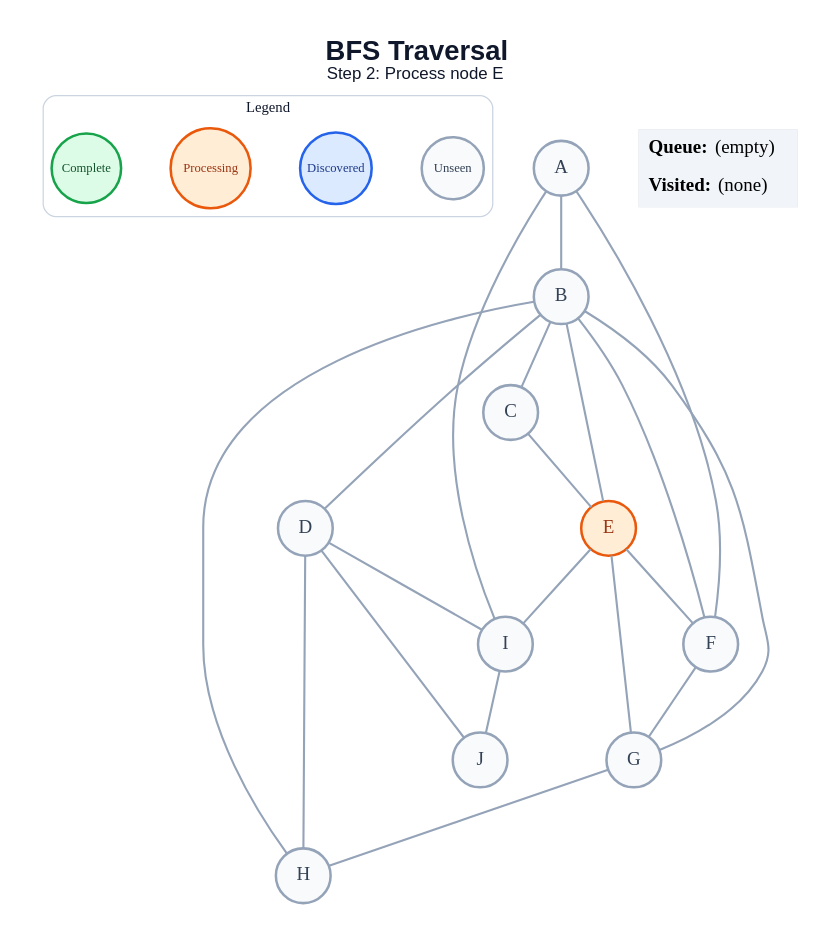
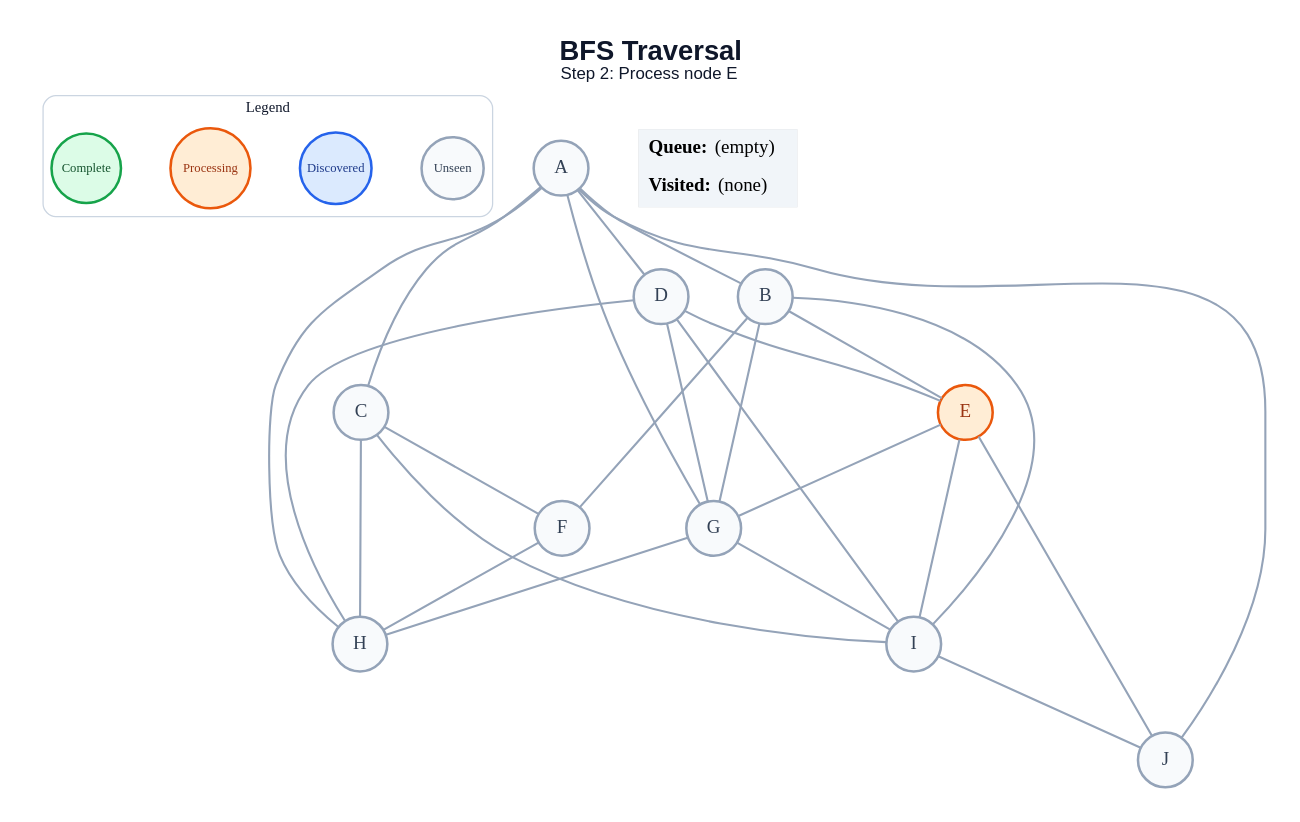
One commit to amanghodawala9/ai-slop changed the diagram in generated/specific-node/bfs/step_02.dot. Above: the diagram before and after it, drawn with Graphviz. The commit also changed 178 other files, not shown here.

```diff
--- a/generated/specific-node/bfs/step_02.dot
+++ b/generated/specific-node/bfs/step_02.dot
@@ -1,48 +1,53 @@
 graph traversal {
   graph [layout=dot, rankdir=TB, bgcolor="#FFFFFF", pad="0.35", nodesep="0.65", ranksep="0.8", fontname="Arial"];
   node [shape=circle, style="filled", fontname="Arial Bold", fontsize=18, width=0.72, fixedsize=true, penwidth=2.4];
   edge [color="#94A3B8", penwidth=2.0];
   label=<<B>BFS Traversal</B><BR/><FONT POINT-SIZE="16">Step 2: Process node E</FONT>>; labelloc="t"; fontsize=26; fontname="Arial"; fontcolor="#0F172A";
   subgraph cluster_legend { label="Legend"; color="#CBD5E1"; penwidth=1.2; style="rounded"; fontsize=14; fontname="Arial Bold";
     key_unseen [label="Unseen", fillcolor="#F8FAFC", color="#94A3B8", fontcolor="#334155", fontsize=12, width=0.82];
     key_frontier [label="Discovered", fillcolor="#DBEAFE", color="#2563EB", fontcolor="#1E3A8A", fontsize=12, width=0.95];
     key_current [label="Processing", fillcolor="#FFEDD5", color="#EA580C", fontcolor="#9A3412", fontsize=12, width=1.05];
     key_done [label="Complete", fillcolor="#DCFCE7", color="#16A34A", fontcolor="#14532D", fontsize=12, width=0.92];
     { rank=same; key_unseen; key_frontier; key_current; key_done; }
   }
   A [fillcolor="#F8FAFC", color="#94A3B8", fontcolor="#334155"];
   B [fillcolor="#F8FAFC", color="#94A3B8", fontcolor="#334155"];
   C [fillcolor="#F8FAFC", color="#94A3B8", fontcolor="#334155"];
   D [fillcolor="#F8FAFC", color="#94A3B8", fontcolor="#334155"];
   E [fillcolor="#FFEDD5", color="#EA580C", fontcolor="#9A3412"];
   F [fillcolor="#F8FAFC", color="#94A3B8", fontcolor="#334155"];
   G [fillcolor="#F8FAFC", color="#94A3B8", fontcolor="#334155"];
   H [fillcolor="#F8FAFC", color="#94A3B8", fontcolor="#334155"];
   I [fillcolor="#F8FAFC", color="#94A3B8", fontcolor="#334155"];
   J [fillcolor="#F8FAFC", color="#94A3B8", fontcolor="#334155"];
   A -- B;
-  A -- F;
-  A -- I;
-  B -- C;
-  B -- D;
+  A -- C;
+  A -- D;
+  A -- G;
+  A -- H;
+  A -- J;
   B -- E;
   B -- F;
   B -- G;
-  B -- H;
-  C -- E;
+  B -- I;
+  C -- F;
+  C -- H;
+  C -- I;
+  D -- E;
+  D -- G;
   D -- H;
   D -- I;
-  D -- J;
-  E -- F;
   E -- G;
   E -- I;
-  F -- G;
+  E -- J;
+  F -- H;
   G -- H;
+  G -- I;
   I -- J;
   status [shape=plain, fixedsize=false, width=0, height=0, margin=0, label=<
     <TABLE BORDER="0" CELLBORDER="0" CELLPADDING="7" BGCOLOR="#F1F5F9">
       <TR><TD ALIGN="LEFT"><B>Queue:</B> (empty)</TD></TR>
       <TR><TD ALIGN="LEFT"><B>Visited:</B> (none)</TD></TR>
     </TABLE>
   >];
 }
```
